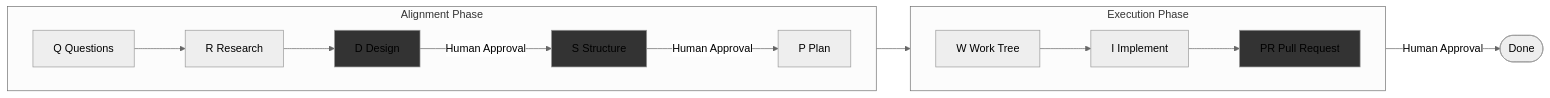
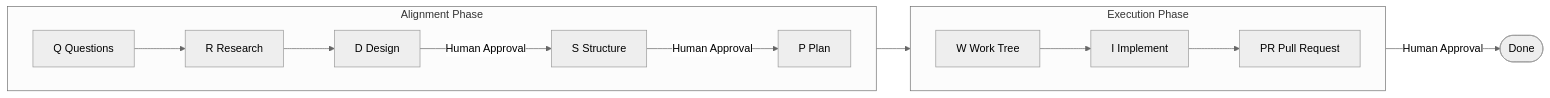
One commit to nixihz/qrspi-agent changed the diagram in README.md. Above: the diagram before and after it, drawn with Mermaid (neutral theme). The commit also changed other lines of this file and 19 other files, not shown here.

````diff
--- a/README.md
+++ b/README.md
@@ -29,31 +29,28 @@
 ```mermaid
 flowchart LR
     subgraph Alignment [Alignment Phase]
         direction LR
         Q[Q    Questions]
         R[R    Research]
         D[D    Design]
         S[S    Structure]
         P[P    Plan]
     end
 
     subgraph Execution [Execution Phase]
         direction LR
         W[W    Work Tree]
         I[I    Implement]
         PR[PR  Pull Request]
     end
 
     Q --> R
     R --> D
     D -->|Human Approval| S
     S -->|Human Approval| P
     P --> W
     W --> I
     I --> PR
     PR -->|Human Approval| Done([Done])
 
-    style D fill:#333333
-    style S fill:#333333
-    style PR fill:#333333
 ```
````
